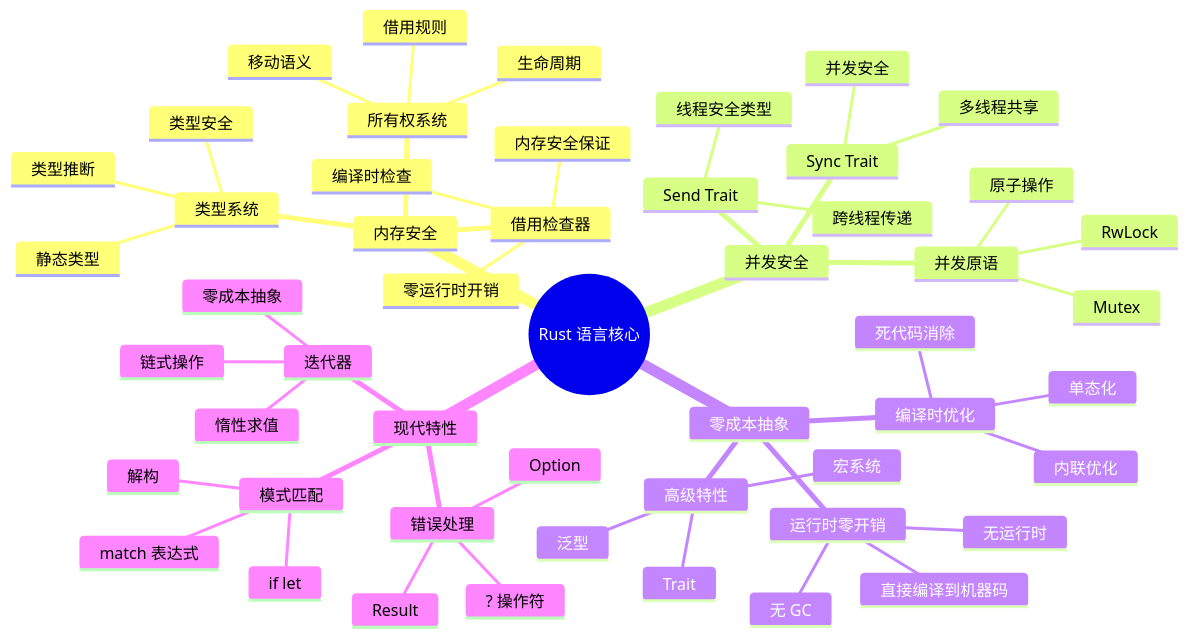
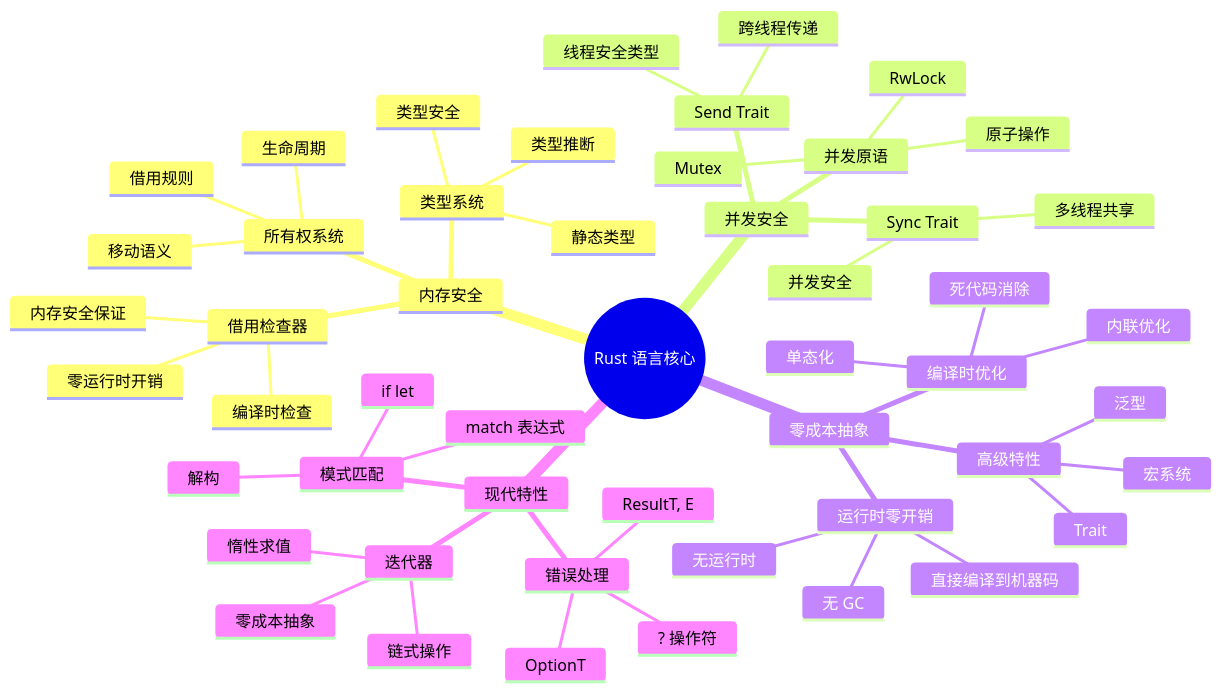
Before and after one commit to martin-ly/rust-lang: the first of 19 diagrams in docs/04_thinking/04_mind_map_collection.md, drawn with Mermaid. The commit also changed other lines of this file and 97 other files, not shown here.

````diff
--- a/docs/04_thinking/04_mind_map_collection.md
+++ b/docs/04_thinking/04_mind_map_collection.md
@@ -73,54 +73,54 @@
 ```mermaid
 mindmap
   root((Rust 语言核心))
     内存安全
       所有权系统
         移动语义
         借用规则
         生命周期
       借用检查器
         编译时检查
         零运行时开销
         内存安全保证
       类型系统
         静态类型
         类型推断
         类型安全
     并发安全
       Send Trait
         跨线程传递
         线程安全类型
       Sync Trait
         多线程共享
         并发安全
       并发原语
         Mutex
         RwLock
         原子操作
     零成本抽象
       编译时优化
         单态化
         内联优化
         死代码消除
       运行时零开销
         无 GC
         无运行时
         直接编译到机器码
       高级特性
         泛型
         Trait
         宏系统
     现代特性
       模式匹配
         match 表达式
         if let
         解构
       迭代器
         惰性求值
         链式操作
         零成本抽象
       错误处理
-        Result<T, E>
-        Option<T>
+        ResultT, E
+        OptionT
         ? 操作符
 ```
````
